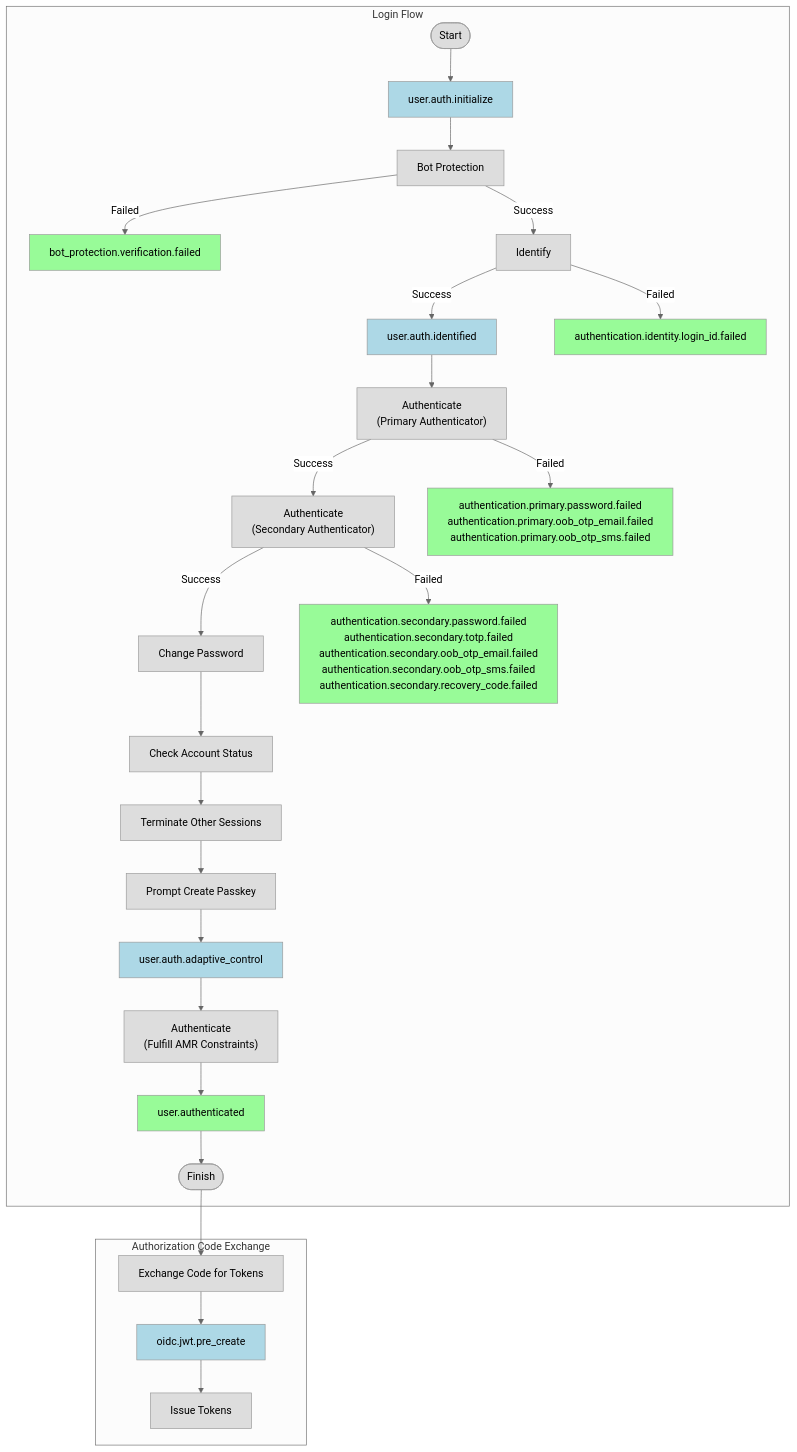
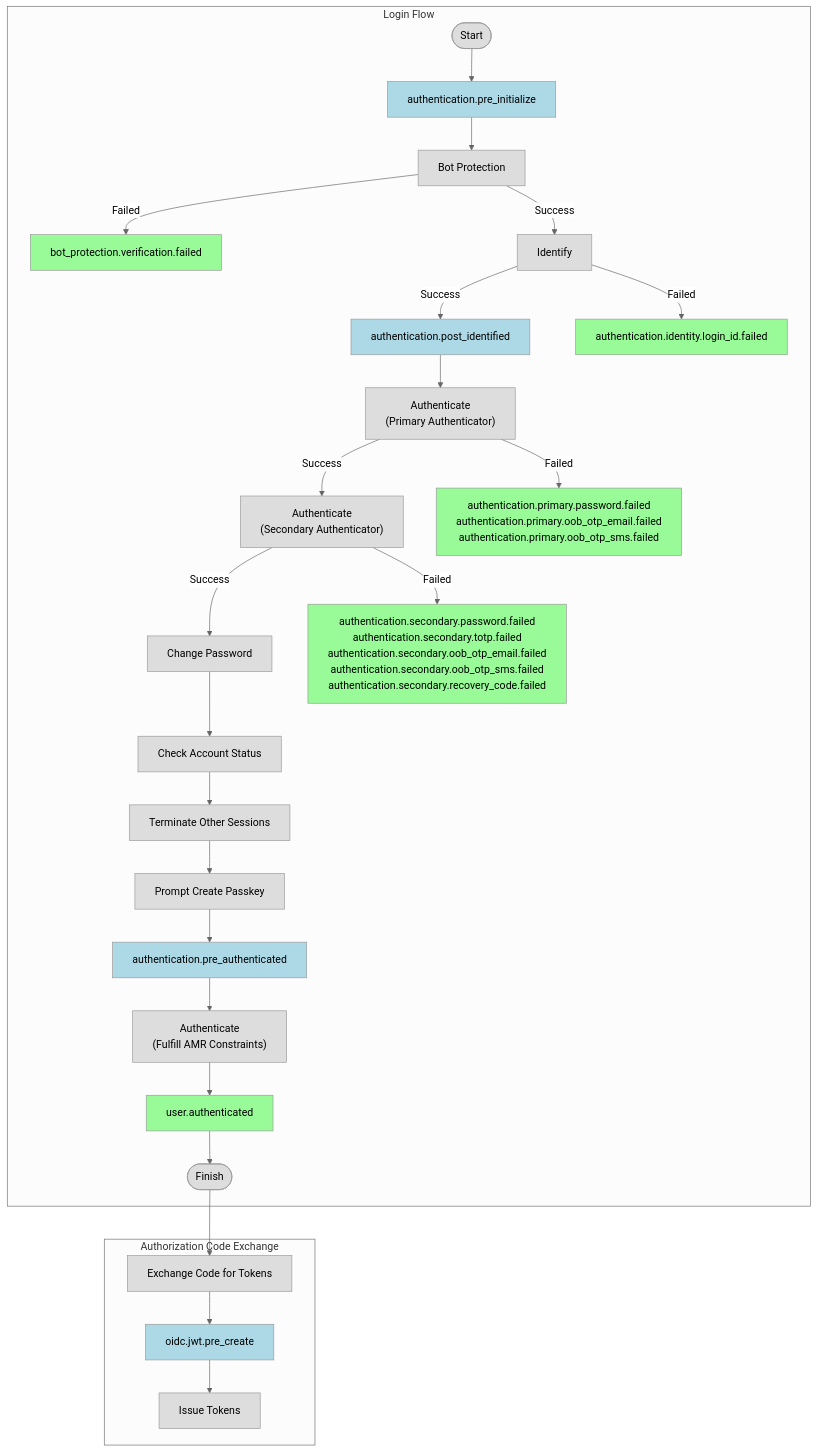
The fifth of 5 diagrams in docs/specs/event.md (authgear/authgear-server), drawn with Mermaid (neutral theme) before and after one commit. The commit also changed other lines of this file, not shown here.

Commit message:
Also rename nodes in the event diagram

````diff
--- a/docs/specs/event.md
+++ b/docs/specs/event.md
@@ -999,43 +999,43 @@
 ```mermaid
 flowchart TD
     subgraph "Login Flow"
         Start([Start])
-        Start --> UserAuthInitialize[user.auth.initialize]
-        UserAuthInitialize --> BotProtection[Bot Protection]
-        BotProtection -- "Failed" --> BotProtectionFailed[bot_protection.verification.failed]
+        Start --> AuthenticationPreInitialize[authentication.pre_initialize]
+        AuthenticationPreInitialize --> BotProtection[Bot Protection]
+        BotProtection -- "Failed" --> BotProtectionVerificationFailed[bot_protection.verification.failed]
         BotProtection -- "Success" --> Identify[Identify]
-        Identify -- "Success" --> UserAuthIdentified[user.auth.identified]
-        Identify -- "Failed" --> LoginIdFailed[authentication.identity.login_id.failed]
+        Identify -- "Success" --> AuthenticationPostIdentified[authentication.post_identified]
+        Identify -- "Failed" --> AuthenticationIdentityLoginIDFailed[authentication.identity.login_id.failed]
 
-        UserAuthIdentified --> AuthenticatePrimary["Authenticate<br>(Primary Authenticator)"]
+        AuthenticationPostIdentified --> AuthenticatePrimary["Authenticate<br>(Primary Authenticator)"]
 
         AuthenticatePrimary -- "Success" --> AuthenticateSecondary["Authenticate<br>(Secondary Authenticator)"]
         AuthenticatePrimary -- "Failed" --> PrimaryAuthFailed["authentication.primary.password.failed<br>authentication.primary.oob_otp_email.failed<br>authentication.primary.oob_otp_sms.failed"]:::event
 
         AuthenticateSecondary -- "Success" --> ChangePassword[Change Password]
         AuthenticateSecondary -- "Failed" --> SecondaryAuthFailed["authentication.secondary.password.failed<br>authentication.secondary.totp.failed<br>authentication.secondary.oob_otp_email.failed<br>authentication.secondary.oob_otp_sms.failed<br>authentication.secondary.recovery_code.failed"]:::event
 
         ChangePassword --> CheckAccountStatus[Check Account Status]
         CheckAccountStatus --> TerminateOtherSessions[Terminate Other Sessions]
         TerminateOtherSessions --> PromptCreatePasskey[Prompt Create Passkey]
-        PromptCreatePasskey --> UserAuthAdaptiveControl[user.auth.adaptive_control]
-        UserAuthAdaptiveControl --> AuthenticateAdaptive["Authenticate<br>(Fulfill AMR Constraints)"]
+        PromptCreatePasskey --> AuthenticationPreAuthenticated[authentication.pre_authenticated]
+        AuthenticationPreAuthenticated --> AuthenticateAdaptive["Authenticate<br>(Fulfill AMR Constraints)"]
         AuthenticateAdaptive --> UserAuthenticated[user.authenticated]
         UserAuthenticated --> FinishLogin([Finish])
     end
 
     subgraph "Authorization Code Exchange"
         ExchangeCode[Exchange Code for Tokens]
         ExchangeCode --> OIDCJWTPreCreate[oidc.jwt.pre_create]
         OIDCJWTPreCreate --> IssueTokens[Issue Tokens]
     end
 
     FinishLogin --> ExchangeCode
 
     classDef event fill:#98FB98
     classDef blockingEvent fill:#ADD8E6
     classDef processNode fill:#dddddd
-    class BotProtectionFailed,LoginIdFailed,PrimaryAuthFailed,SecondaryAuthFailed,UserAuthenticated event
-    class UserAuthInitialize,UserAuthIdentified,UserAuthAdaptiveControl,OIDCJWTPreCreate blockingEvent
+    class BotProtectionVerificationFailed,AuthenticationIdentityLoginIDFailed,PrimaryAuthFailed,SecondaryAuthFailed,UserAuthenticated event
+    class AuthenticationPreInitialize,AuthenticationPostIdentified,AuthenticationPreAuthenticated,OIDCJWTPreCreate blockingEvent
     class Start,BotProtection,Identify,AuthenticatePrimary,AuthenticateSecondary,ChangePassword,CheckAccountStatus,TerminateOtherSessions,PromptCreatePasskey,AuthenticateAdaptive,ExchangeCode,IssueTokens,FinishLogin processNode
 ```
````
